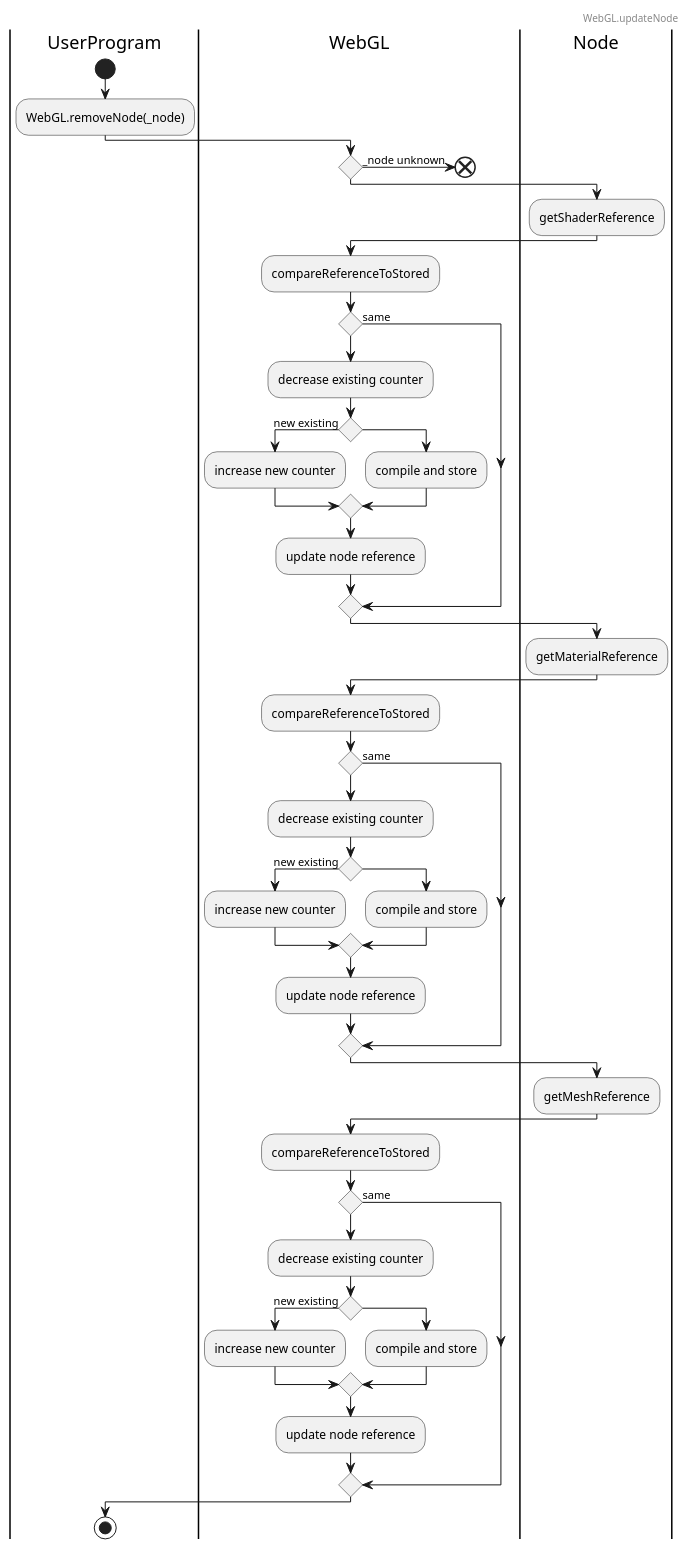
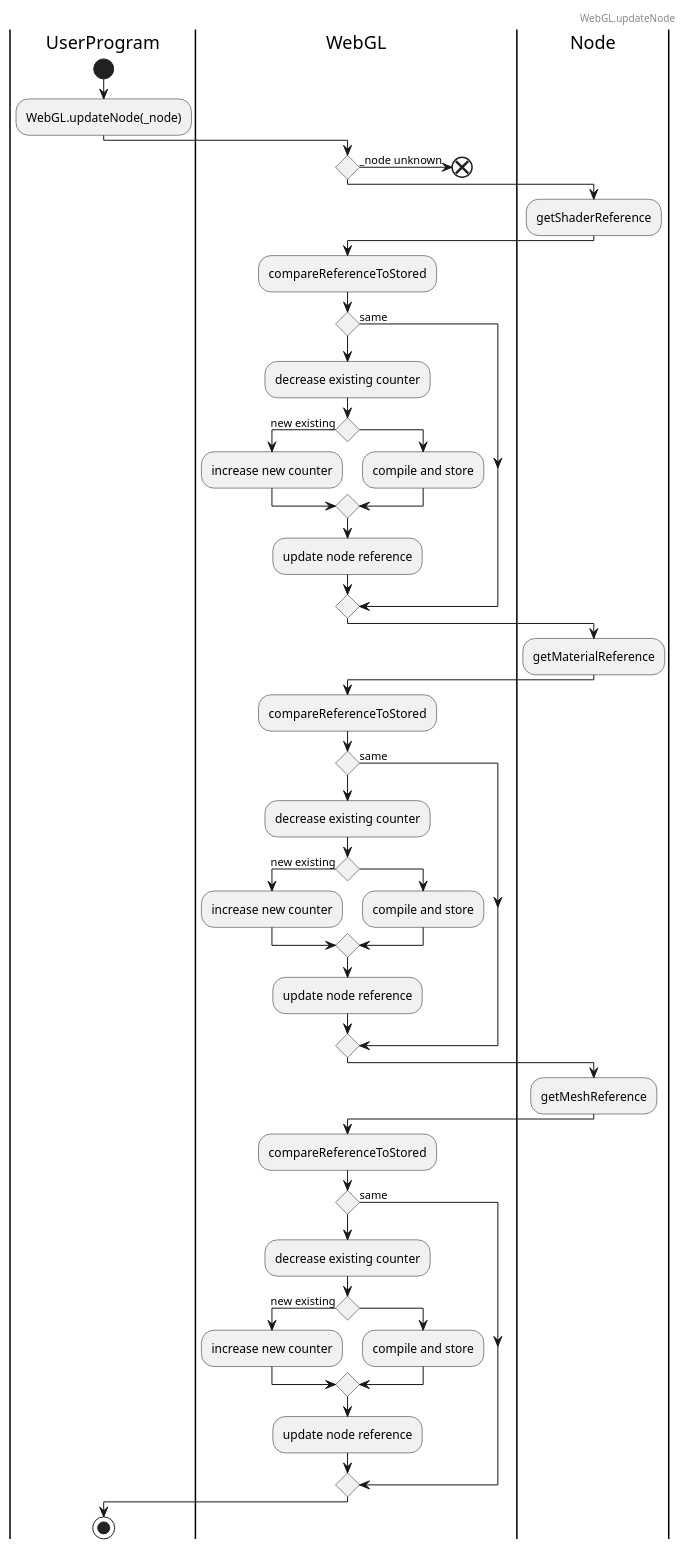
Before and after one commit to JirkaDellOro/FUDGE: the third of 4 diagrams in Design/WebGL_Proposal_Node-Processing.puml, drawn with PlantUML.

Commit message:
typo remove->updateNode

```diff
--- a/Design/WebGL_Proposal_Node-Processing.puml
+++ b/Design/WebGL_Proposal_Node-Processing.puml
@@ -114,59 +114,59 @@
 @startuml WebGL.updateNode
 header
     WebGL.updateNode
 endheader
 |UserProgram|
 |WebGL|
 |Node|
 |UserProgram|
 start
-:WebGL.removeNode(_node);
+:WebGL.updateNode(_node);
 |WebGL|
 if () then (_node unknown)
     end
 endif
 |Node|
 :getShaderReference;
 |WebGL|
 :compareReferenceToStored;
 if () then (same)
 else ()
     :decrease existing counter;
     if () then (new existing)
         :increase new counter;
     else
         :compile and store;
     endif
     :update node reference;
 endif
 |Node|
 :getMaterialReference;
 |WebGL|
 :compareReferenceToStored;
 if () then (same)
 else ()
     :decrease existing counter;
     if () then (new existing)
         :increase new counter;
     else
         :compile and store;
     endif
     :update node reference;
 endif
 |Node|
 :getMeshReference;
 |WebGL|
 :compareReferenceToStored;
 if () then (same)
 else ()
     :decrease existing counter;
     if () then (new existing)
         :increase new counter;
     else
         :compile and store;
     endif
     :update node reference;
 endif
 |UserProgram|
 stop
 @enduml
```
